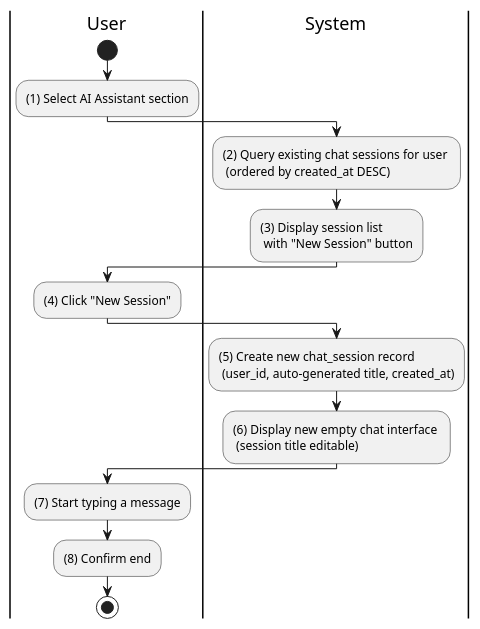
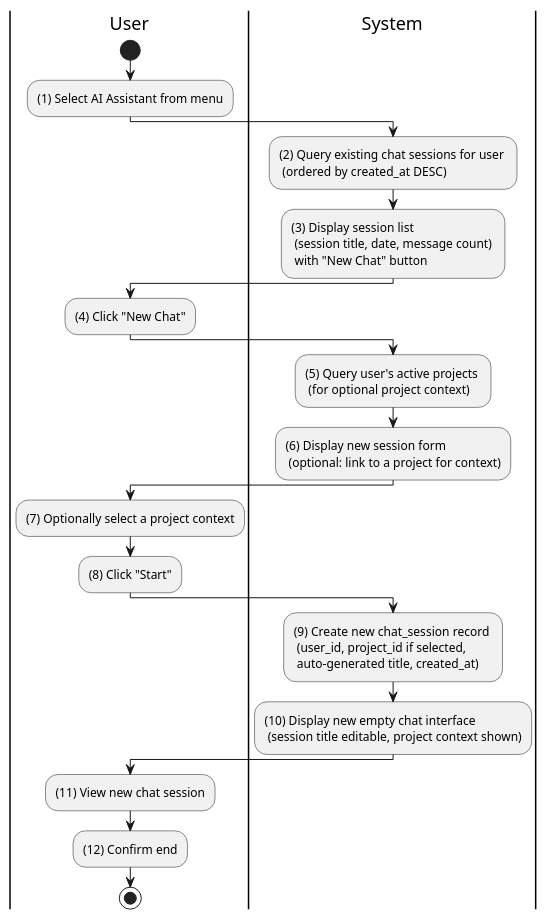
Before and after one commit to taskpilot-platform/taskpilot-platform.github.io: the diagram in docs/docs/activity/ai-assistant/create-new-ai-chat-session.md, drawn with PlantUML. The commit also changed 9 other files, not shown here.

First line of the commit message:
docs(activity): expand 10 short activity diagram files with detailed flows

````diff
--- a/docs/docs/activity/ai-assistant/create-new-ai-chat-session.md
+++ b/docs/docs/activity/ai-assistant/create-new-ai-chat-session.md
@@ -3,27 +3,35 @@
 ```plantuml
 @startuml
 |U|User
 |S|System
 
 |U|
 start
-:(1) Select AI Assistant section;
+:(1) Select AI Assistant from menu;
 
 |S|
 :(2) Query existing chat sessions for user \n (ordered by created_at DESC);
-:(3) Display session list \n with "New Session" button;
+:(3) Display session list \n (session title, date, message count) \n with "New Chat" button;
 
 |U|
-:(4) Click "New Session";
+:(4) Click "New Chat";
 
 |S|
-:(5) Create new chat_session record \n (user_id, auto-generated title, created_at);
-:(6) Display new empty chat interface \n (session title editable);
+:(5) Query user's active projects \n (for optional project context);
+:(6) Display new session form \n (optional: link to a project for context);
 
 |U|
-:(7) Start typing a message;
-:(8) Confirm end;
+:(7) Optionally select a project context;
+:(8) Click "Start";
+
+|S|
+:(9) Create new chat_session record \n (user_id, project_id if selected, \n auto-generated title, created_at);
+:(10) Display new empty chat interface \n (session title editable, project context shown);
+
+|U|
+:(11) View new chat session;
+:(12) Confirm end;
 
 stop
 @enduml
 ```
````
